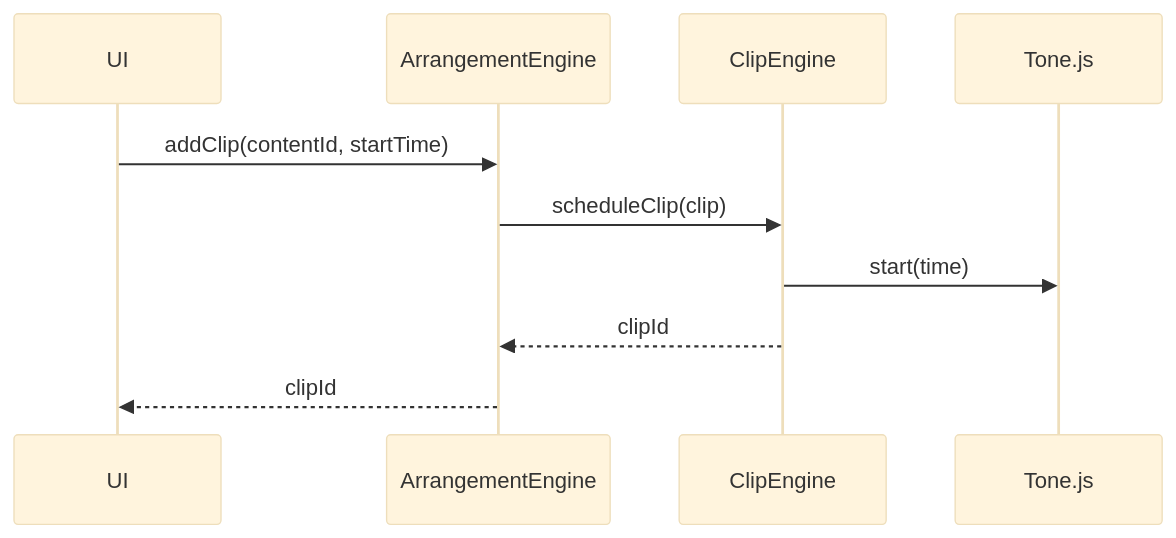
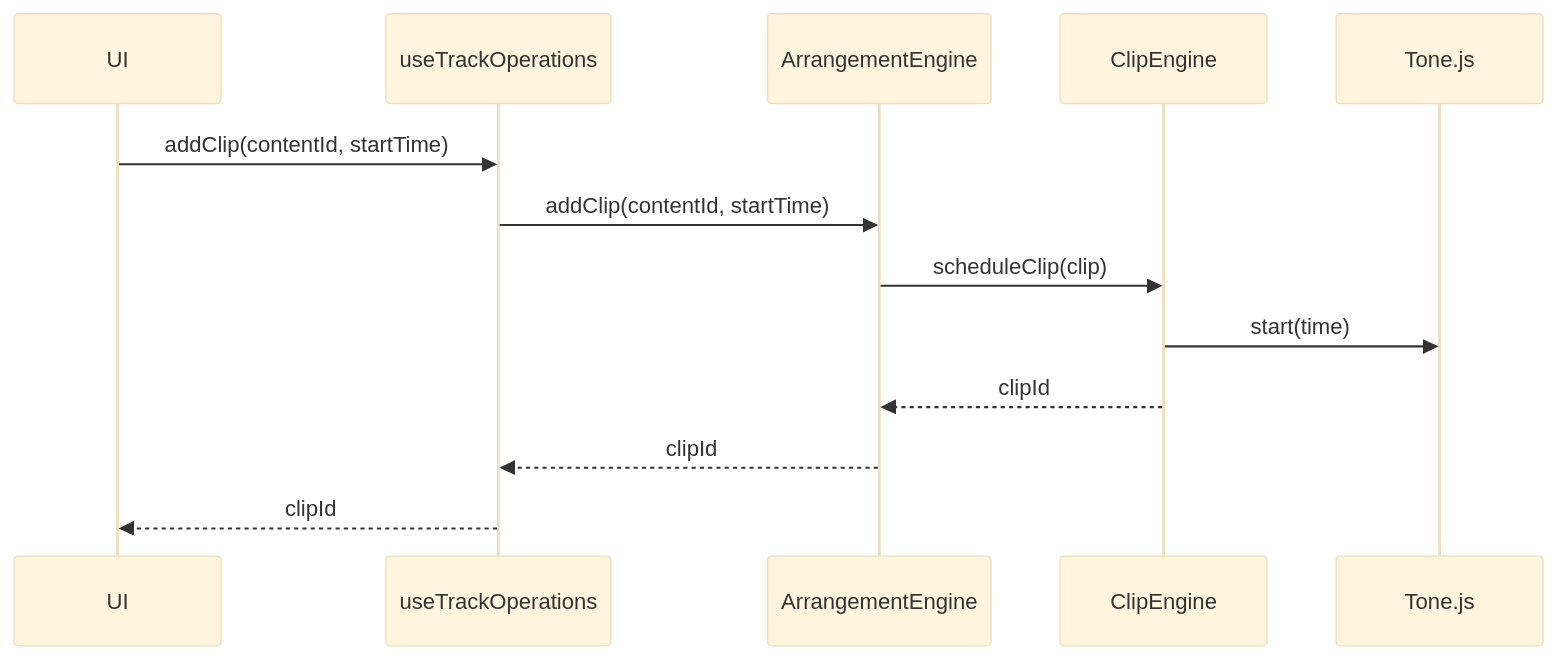
Before and after one commit to yannmazita/daw.ts: the third of 9 diagrams in README.md, drawn with Mermaid (base theme). The commit also changed other lines of this file, not shown here.

````diff
--- a/README.md
+++ b/README.md
@@ -120,12 +233,15 @@
 ```mermaid
 sequenceDiagram
     participant UI
+    participant useTrackOperations
     participant ArrangementEngine
     participant ClipEngine
 
-    UI->>ArrangementEngine: addClip(contentId, startTime)
+    UI->>useTrackOperations: addClip(contentId, startTime)
+    useTrackOperations->>ArrangementEngine: addClip(contentId, startTime)
     ArrangementEngine->>ClipEngine: scheduleClip(clip)
     ClipEngine->>Tone.js: start(time)
     ClipEngine-->>ArrangementEngine: clipId
-    ArrangementEngine-->>UI: clipId
+    ArrangementEngine-->>useTrackOperations: clipId
+    useTrackOperations-->>UI: clipId
 ```
````
